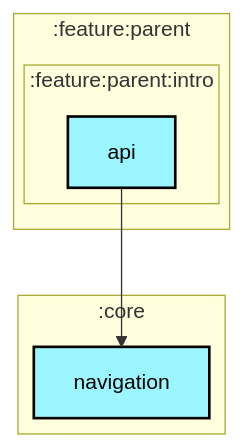
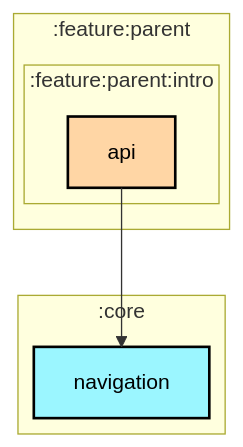
The first of 2 diagrams in architecture/ParentalControlApps/feature/parent/intro/api/README.md (jadavchirag/jadavchirag), drawn with Mermaid before and after one commit. The commit also changed 26 other files, not shown here.

Commit message:
fixed feature module colors in graphs

````diff
--- a/architecture/ParentalControlApps/feature/parent/intro/api/README.md
+++ b/architecture/ParentalControlApps/feature/parent/intro/api/README.md
@@ -6,29 +6,29 @@
 ```mermaid
 ---
 config:
   layout: elk
   elk:
     nodePlacementStrategy: SIMPLE
 ---
 graph TB
   subgraph :feature:parent
     direction TB
     subgraph :feature:parent:intro
       direction TB
-      :feature:parent:intro:api[api]:::android-library
+      :feature:parent:intro:api[api]:::android-feature
     end
   end
   subgraph :core
     direction TB
     :core:navigation[navigation]:::android-library
   end
 
   :feature:parent:intro:api --> :core:navigation
 
 classDef android-application fill:#CAFFBF,stroke:#000,stroke-width:2px,color:#000;
 classDef android-feature fill:#FFD6A5,stroke:#000,stroke-width:2px,color:#000;
 classDef android-library fill:#9BF6FF,stroke:#000,stroke-width:2px,color:#000;
 classDef android-test fill:#A0C4FF,stroke:#000,stroke-width:2px,color:#000;
 classDef jvm-library fill:#BDB2FF,stroke:#000,stroke-width:2px,color:#000;
 classDef unknown fill:#FFADAD,stroke:#000,stroke-width:2px,color:#000;
 ```
````
